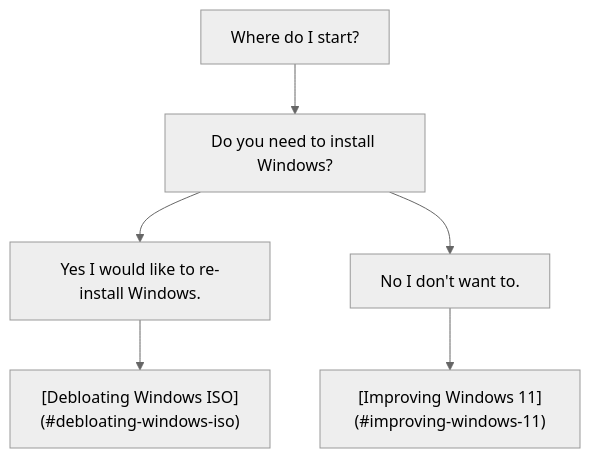
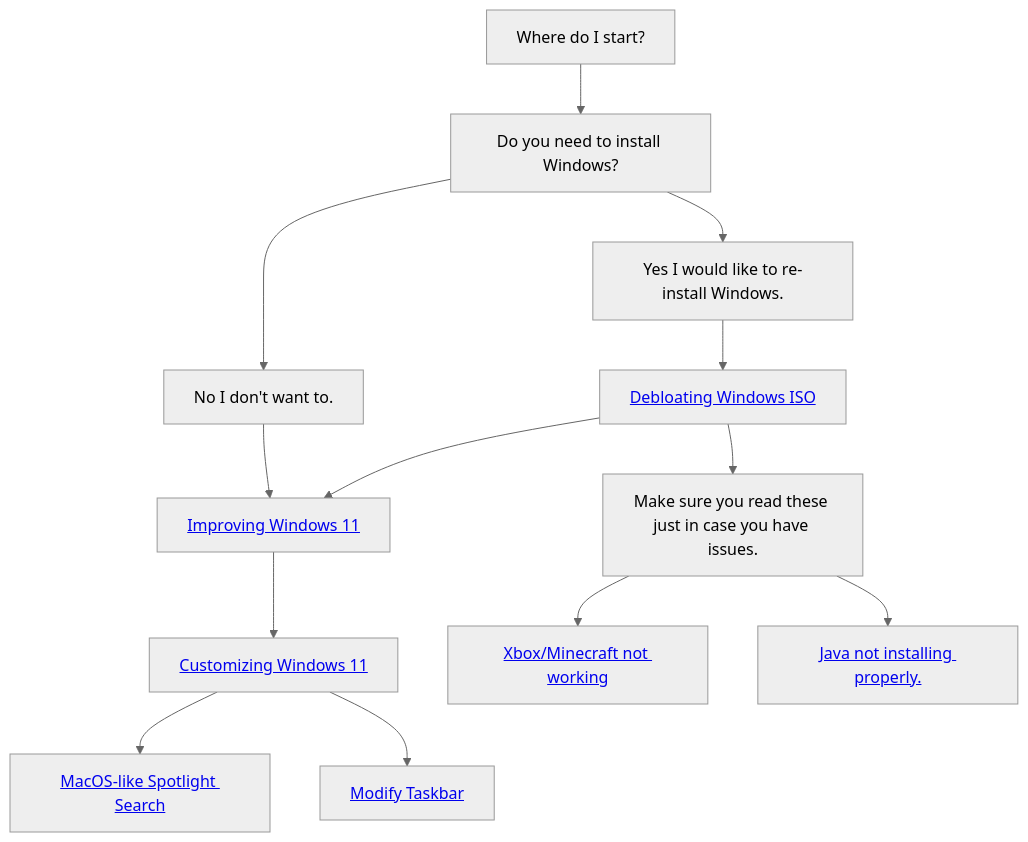
Before and after one commit to anthonymendez/Improve-Windows-11: the diagram in README.md, drawn with Mermaid (neutral theme).

Commit message:
Finishing up graph

````diff
--- a/README.md
+++ b/README.md
@@ -22,8 +22,16 @@
 ```mermaid
    graph TD;
       START[Where do I start?]-->INSTALL["Do you need to install Windows?"]
       INSTALL-->YES-INSTALL["Yes I would like to re-install Windows."]
       INSTALL-->NO-INSTALL["No I don't want to."]
-      YES-INSTALL-->ISO["[Debloating Windows ISO](#debloating-windows-iso)"]
-      NO-INSTALL-->IMPROVE["[Improving Windows 11](#improving-windows-11)"]
+      YES-INSTALL-->ISO["<a href="#debloating-windows-iso">Debloating Windows ISO</a>"]
+      ISO-->IMPROVE
+      NO-INSTALL-->IMPROVE["<a href="#improving-windows-11">Improving Windows 11</a>"]
+      IMPROVE-->CUSTOMIZE["<a href="#customizing-windows-11">Customizing Windows 11</a>"]
+      CUSTOMIZE-->SEARCH["<a href="#macos-like-spotlight-search">MacOS-like Spotlight Search</a>"]
+      CUSTOMIZE-->TASKBAR["<a href="#modify-taskbar">Modify Taskbar</a>"]
+
+      ISO-->FYI["Make sure you read these just in case you have issues."]
+      FYI-->XBOX["<a href="#xbox-and-minecraft-launcher-not-working">Xbox/Minecraft not working</a>"]
+      FYI-->JAVA["<a href="#java-installation">Java not installing properly.</a>"]
 ```
````
